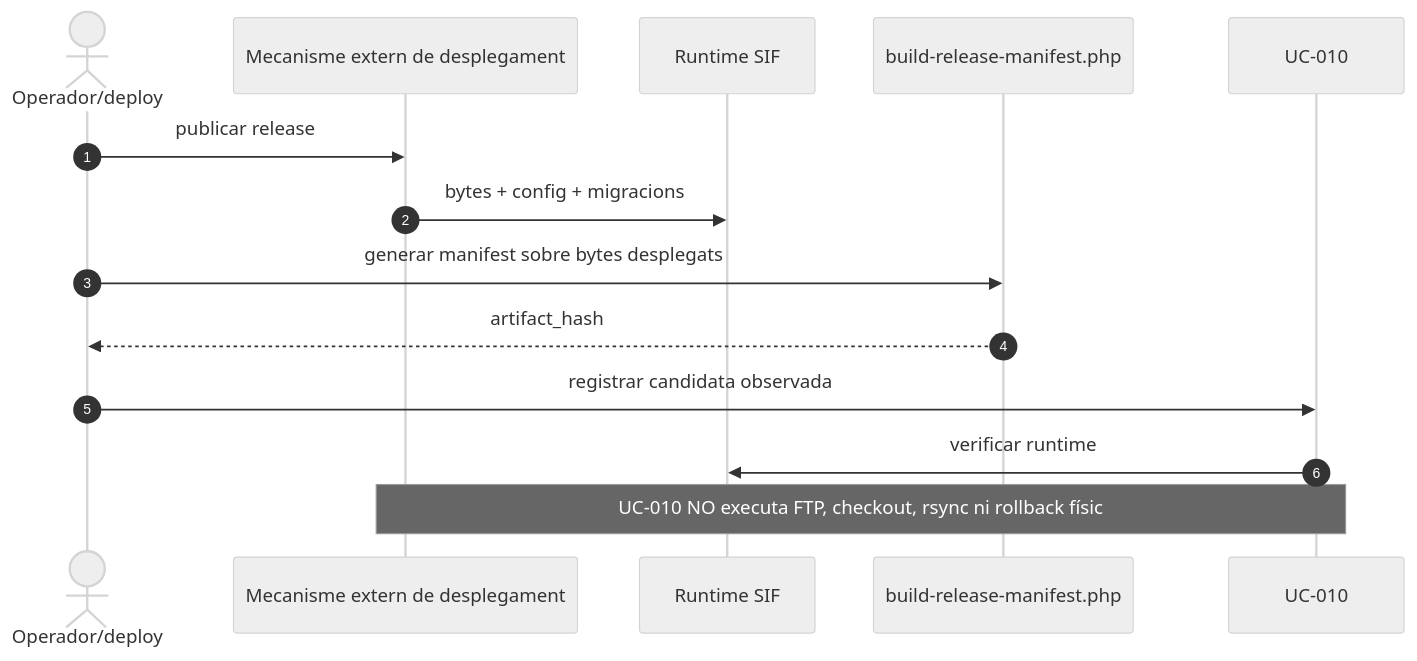
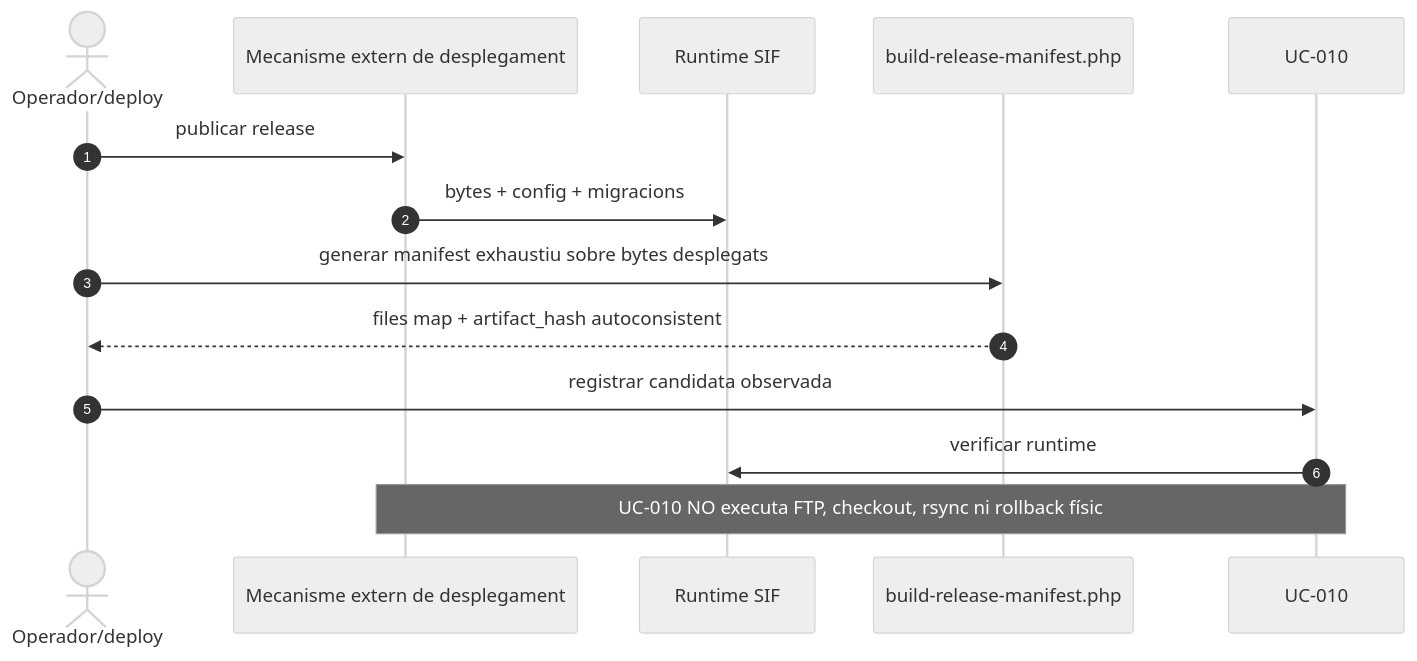
One commit to orgmeriemprismacat-del/verifactu changed the sixth of 7 diagrams in documentacio/07-uml-integrat/uc-010-sequencies-actual-final.md. Above: the diagram before and after it, drawn with Mermaid (neutral theme). The commit also changed other lines of this file, not shown here.

````diff
--- a/documentacio/07-uml-integrat/uc-010-sequencies-actual-final.md
+++ b/documentacio/07-uml-integrat/uc-010-sequencies-actual-final.md
@@ -193,17 +206,17 @@
 ```mermaid
 sequenceDiagram
 autonumber
 actor O as Operador/deploy
 participant Deploy as Mecanisme extern de desplegament
 participant Env as Runtime SIF
 participant Build as build-release-manifest.php
 participant UC10 as UC-010
 
 O->>Deploy: publicar release
 Deploy->>Env: bytes + config + migracions
-O->>Build: generar manifest sobre bytes desplegats
-Build-->>O: artifact_hash
+O->>Build: generar manifest exhaustiu sobre bytes desplegats
+Build-->>O: files map + artifact_hash autoconsistent
 O->>UC10: registrar candidata observada
 UC10->>Env: verificar runtime
 Note over Deploy,UC10: UC-010 NO executa FTP, checkout, rsync ni rollback físic
 ```
````
